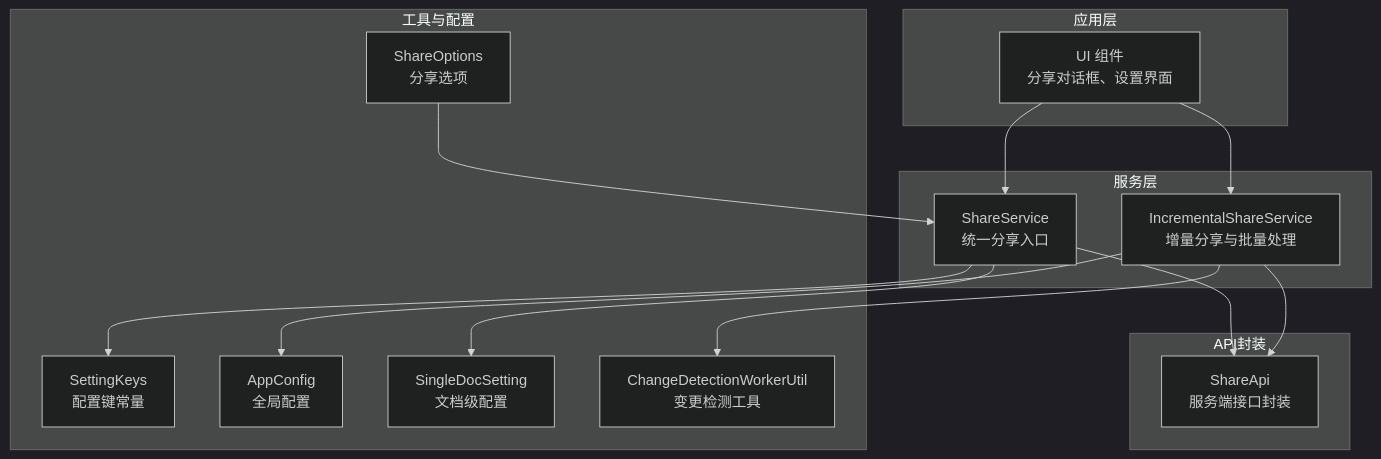
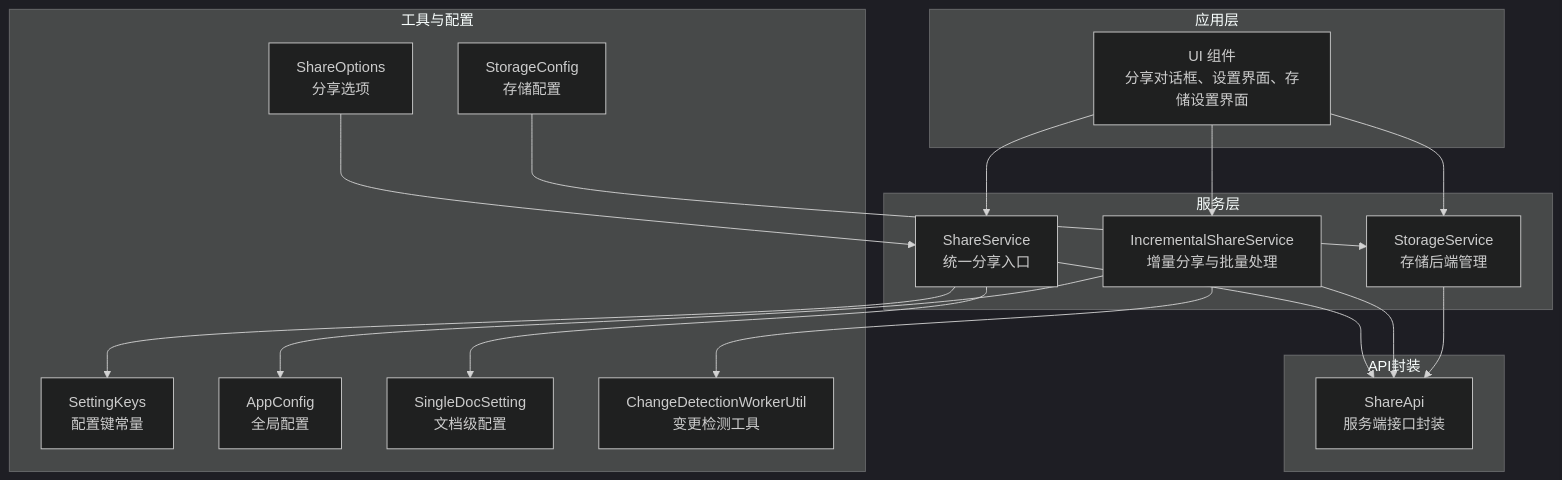
The first of 8 diagrams in .qoder/repowiki/zh/content/开放规范/开放规范.md (terwerinc/siyuan-plugin-share-pro), drawn with Mermaid (dark theme) before and after one commit. The commit also changed other lines of this file and 6 other files, not shown here.

````diff
--- a/.qoder/repowiki/zh/content/开放规范/开放规范.md
+++ b/.qoder/repowiki/zh/content/开放规范/开放规范.md
@@ -50,29 +58,34 @@
 ```mermaid
 graph TB
 subgraph "应用层"
-UI["UI 组件<br/>分享对话框、设置界面"]
+UI["UI 组件<br/>分享对话框、设置界面、存储设置界面"]
 end
 subgraph "服务层"
 SS["ShareService<br/>统一分享入口"]
 ISS["IncrementalShareService<br/>增量分享与批量处理"]
+STS["StorageService<br/>存储后端管理"]
 end
 subgraph "工具与配置"
 SK["SettingKeys<br/>配置键常量"]
 AC["AppConfig<br/>全局配置"]
 SDS["SingleDocSetting<br/>文档级配置"]
 SO["ShareOptions<br/>分享选项"]
+SC["StorageConfig<br/>存储配置"]
 CDW["ChangeDetectionWorkerUtil<br/>变更检测工具"]
 end
 subgraph "API封装"
 SA["ShareApi<br/>服务端接口封装"]
 end
 UI --> SS
 UI --> ISS
+UI --> STS
 SS --> SA
 ISS --> SA
+STS --> SA
 SS --> SK
 ISS --> CDW
 SS --> SDS
 ISS --> AC
 SO --> SS
+SC --> STS
 ```
````
